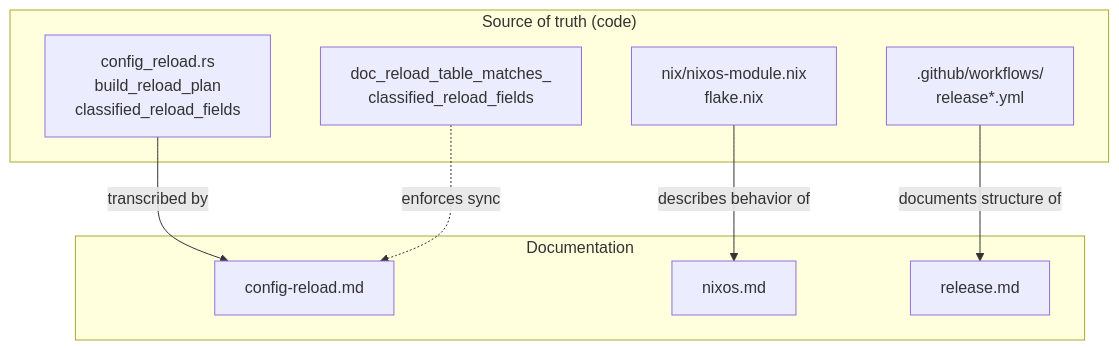
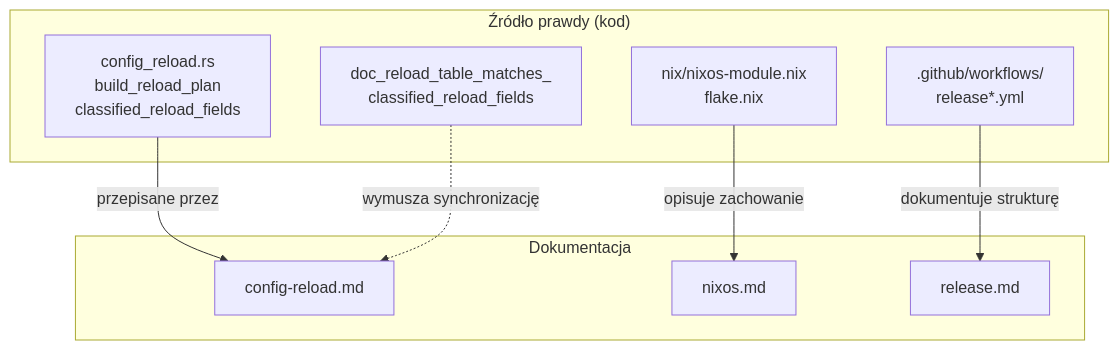
One commit to leszek3737/librefang-WIki changed the diagram in docs-operations.md. Above: the diagram before and after it, drawn with Mermaid. The commit also changed other lines of this file and 104 other files, not shown here.

````diff
--- a/docs-operations.md
+++ b/docs-operations.md
@@ -64,20 +64,20 @@
 ```mermaid
 graph TD
-    subgraph "Source of truth (code)"
+    subgraph "Źródło prawdy (kod)"
         CR[config_reload.rs<br/>build_reload_plan<br/>classified_reload_fields]
         DRM[doc_reload_table_matches_<br/>classified_reload_fields]
         NIX[nix/nixos-module.nix<br/>flake.nix]
         REL[.github/workflows/<br/>release*.yml]
     end
 
-    subgraph "Documentation"
+    subgraph "Dokumentacja"
         CRD[config-reload.md]
         NIXD[nixos.md]
         RLD[release.md]
     end
 
-    CR -->|"transcribed by"| CRD
-    DRM -.->|"enforces sync"| CRD
-    NIX -->|"describes behavior of"| NIXD
-    REL -->|"documents structure of"| RLD
+    CR -->|"przepisane przez"| CRD
+    DRM -.->|"wymusza synchronizację"| CRD
+    NIX -->|"opisuje zachowanie"| NIXD
+    REL -->|"dokumentuje strukturę"| RLD
 ```
````
